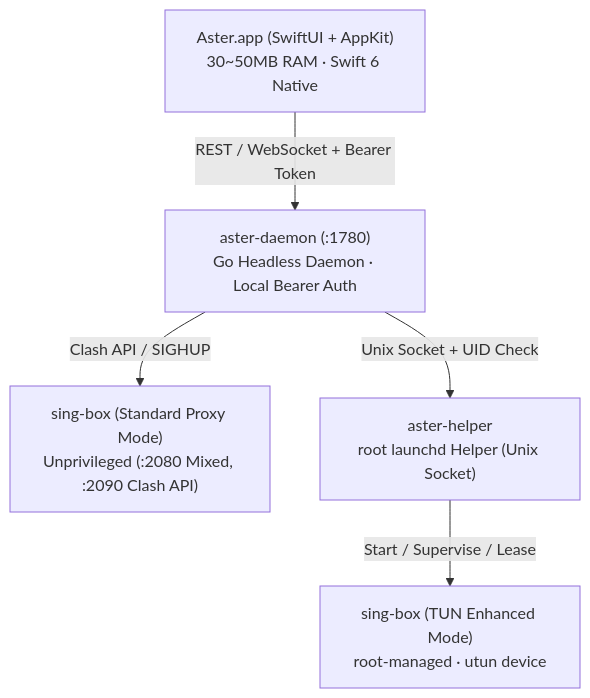
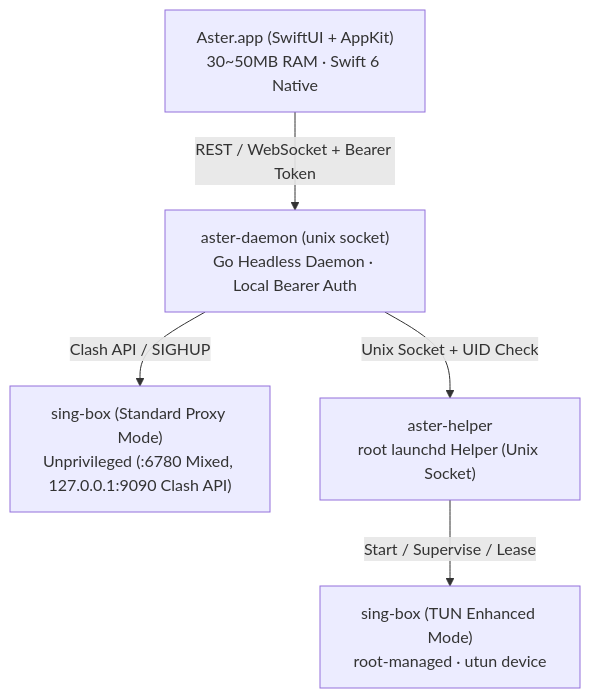
The diagram in README_EN.md (velctmo/Aster), drawn with Mermaid before and after one commit. The commit also changed 33 other files, not shown here.

First line of the commit message:
feat: unix control socket, independent capture, drop unused APIs

````diff
--- a/README_EN.md
+++ b/README_EN.md
@@ -63,13 +63,13 @@
 ```mermaid
 graph TD
     UI["Aster.app (SwiftUI + AppKit)<br/>30~50MB RAM · Swift 6 Native"]
-    DAEMON["aster-daemon (:1780)<br/>Go Headless Daemon · Local Bearer Auth"]
-    CORE["sing-box (Standard Proxy Mode)<br/>Unprivileged (:2080 Mixed, :2090 Clash API)"]
+    DAEMON["aster-daemon (unix socket)<br/>Go Headless Daemon · Local Bearer Auth"]
+    CORE["sing-box (Standard Proxy Mode)<br/>Unprivileged (:6780 Mixed, 127.0.0.1:9090 Clash API)"]
     HELPER["aster-helper<br/>root launchd Helper (Unix Socket)"]
     TUN_CORE["sing-box (TUN Enhanced Mode)<br/>root-managed · utun device"]
 
     UI -->|REST / WebSocket + Bearer Token| DAEMON
     DAEMON -->|Clash API / SIGHUP| CORE
     DAEMON -->|Unix Socket + UID Check| HELPER
     HELPER -->|Start / Supervise / Lease| TUN_CORE
 ```
````
